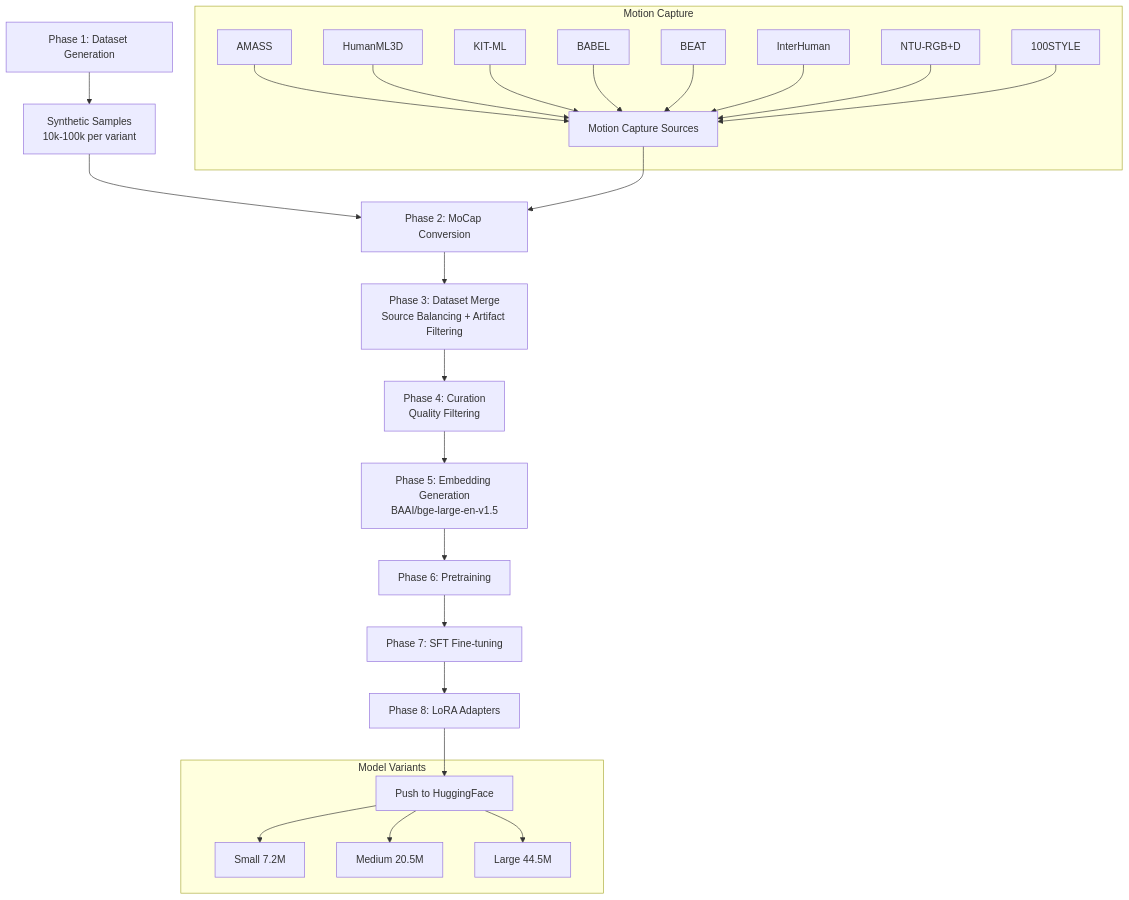
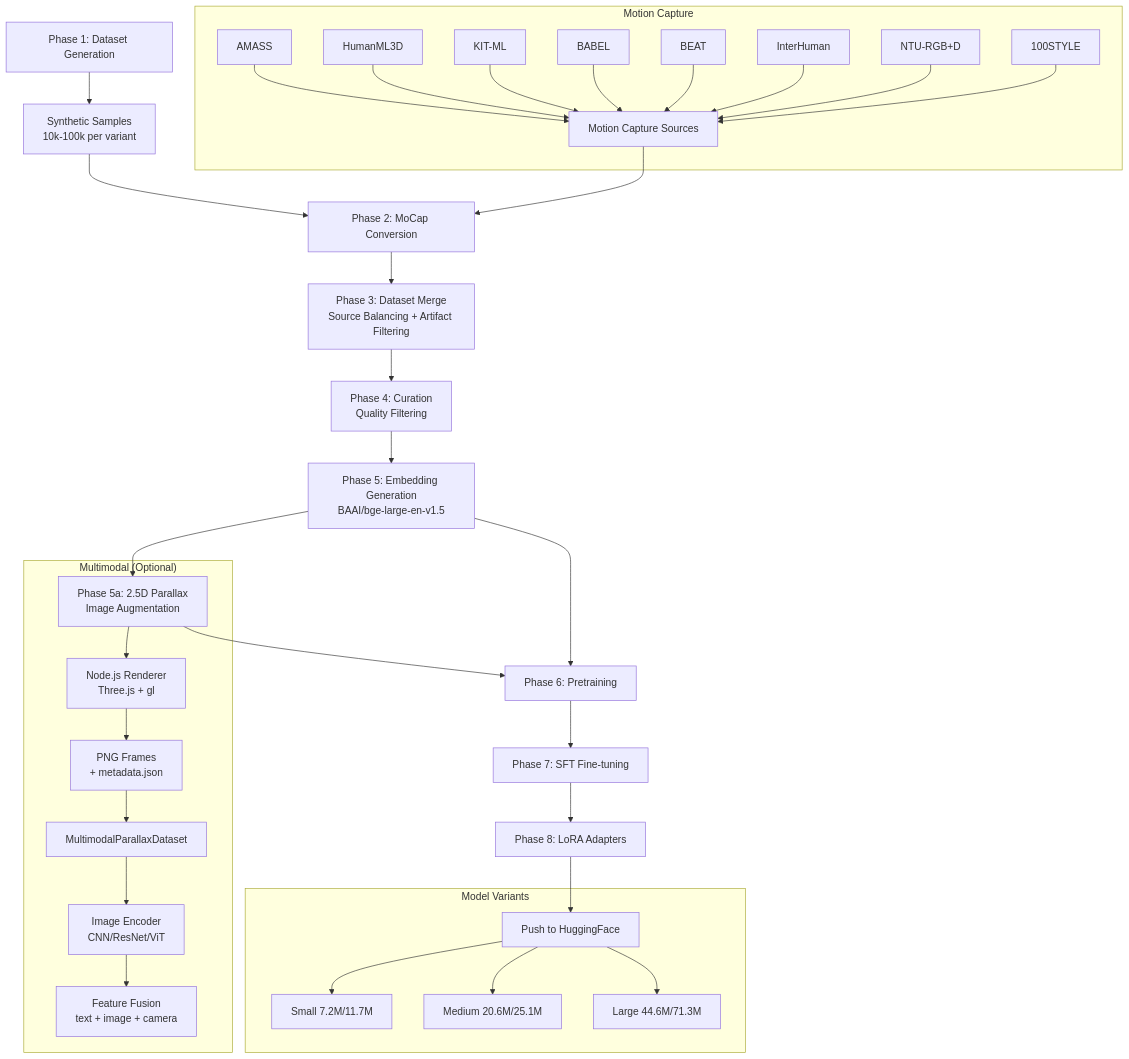
The seventh of 9 diagrams in README.md (gestura-ai/stick-gen), drawn with Mermaid before and after one commit. The commit also changed other lines of this file and 42 other files, not shown here.

First line of the commit message:
feat: implement multimodal training integration with 2.5D parallax support

````diff
--- a/README.md
+++ b/README.md
@@ -472,30 +547,40 @@
 ```mermaid
 graph TD
     A[Phase 1: Dataset Generation] --> B[Synthetic Samples<br/>10k-100k per variant]
     B --> C[Phase 2: MoCap Conversion]
     F[Motion Capture Sources] --> C
     C --> D[Phase 3: Dataset Merge<br/>Source Balancing + Artifact Filtering]
     D --> E[Phase 4: Curation<br/>Quality Filtering]
     E --> G[Phase 5: Embedding Generation<br/>BAAI/bge-large-en-v1.5]
-    G --> H[Phase 6: Pretraining]
+    G --> P5a[Phase 5a: 2.5D Parallax<br/>Image Augmentation]
+    P5a --> H[Phase 6: Pretraining]
+    G --> H
     H --> I[Phase 7: SFT Fine-tuning]
     I --> J[Phase 8: LoRA Adapters]
     J --> K[Push to HuggingFace]
 
     subgraph "Motion Capture"
         F1[AMASS] --> F
         F2[HumanML3D] --> F
         F3[KIT-ML] --> F
         F4[BABEL] --> F
         F5[BEAT] --> F
         F6[InterHuman] --> F
         F7[NTU-RGB+D] --> F
         F8[100STYLE] --> F
     end
 
+    subgraph "Multimodal (Optional)"
+        P5a --> RENDER[Node.js Renderer<br/>Three.js + gl]
+        RENDER --> PNG[PNG Frames<br/>+ metadata.json]
+        PNG --> DATASET[MultimodalParallaxDataset]
+        DATASET --> ENCODER[Image Encoder<br/>CNN/ResNet/ViT]
+        ENCODER --> FUSION[Feature Fusion<br/>text + image + camera]
+    end
+
     subgraph "Model Variants"
-        K --> L[Small 7.2M]
-        K --> M[Medium 20.5M]
-        K --> N[Large 44.5M]
+        K --> L[Small 7.2M/11.7M]
+        K --> M[Medium 20.6M/25.1M]
+        K --> N[Large 44.6M/71.3M]
     end
 ```
````
